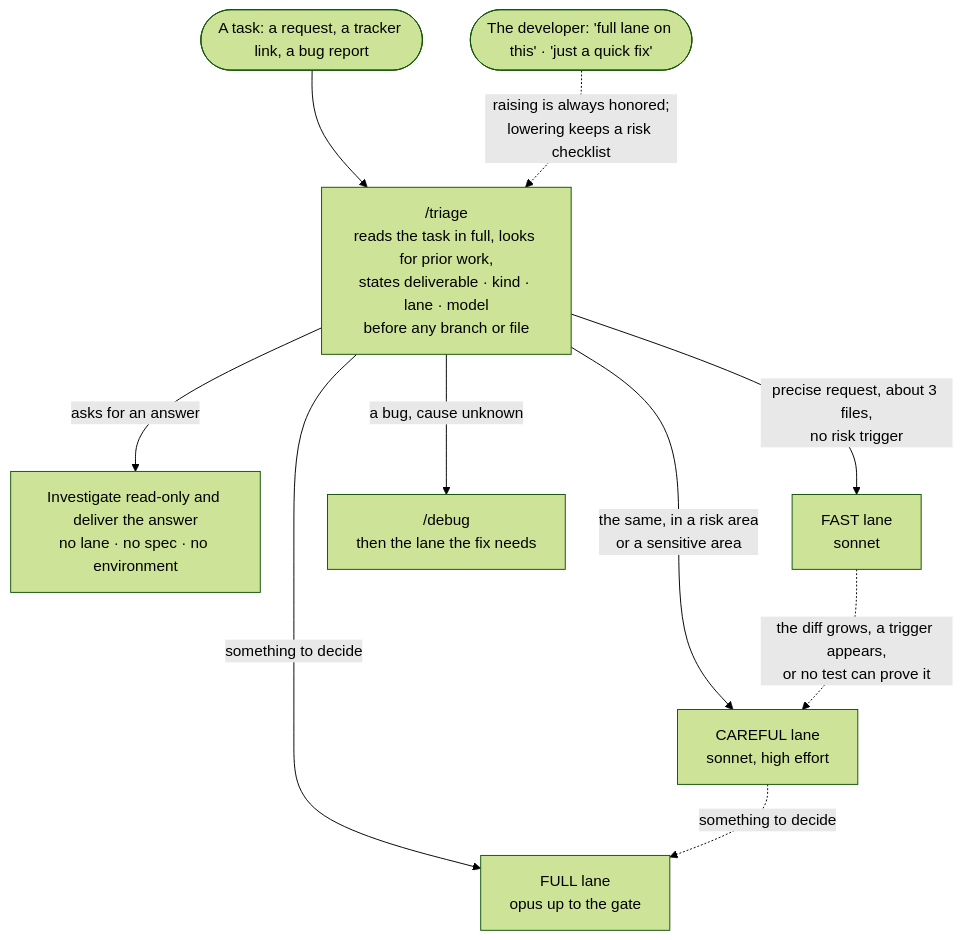
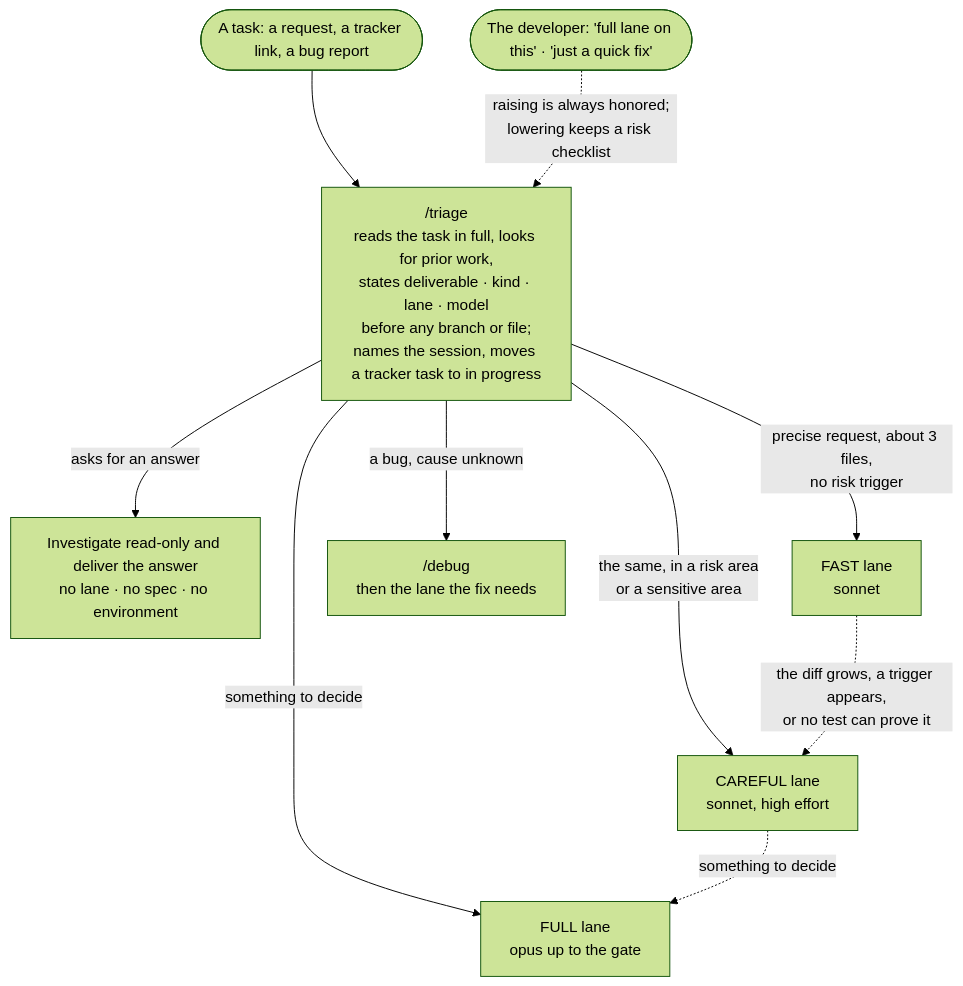
The first of 6 diagrams in README.md (Aplyca/AgenticDevelopmentFramework), drawn with Mermaid (forest theme) before and after one commit. The commit also changed other lines of this file and 9 other files, not shown here.

````diff
--- a/README.md
+++ b/README.md
@@ -241,12 +238,12 @@
 ```mermaid
 flowchart TD
-    task(["A task: a request, a tracker link, a bug report"]) --> triage["/triage<br/>reads the task in full, looks for prior work,<br/>states deliverable · kind · lane · model<br/>before any branch or file"]
+    task(["A task: a request, a tracker link, a bug report"]) --> triage["/triage<br/>reads the task in full, looks for prior work,<br/>states deliverable · kind · lane · model<br/>before any branch or file;<br/>names the session, moves a tracker task to in progress"]
     dev(["The developer: 'full lane on this' · 'just a quick fix'"]) -.->|raising is always honored;<br/>lowering keeps a risk checklist| triage
     triage -->|asks for an answer| answer["Investigate read-only and deliver the answer<br/>no lane · no spec · no environment"]
     triage -->|precise request, about 3 files,<br/>no risk trigger| fast["FAST lane<br/>sonnet"]
     triage -->|the same, in a risk area<br/>or a sensitive area| careful["CAREFUL lane<br/>sonnet, high effort"]
     triage -->|something to decide| full["FULL lane<br/>opus up to the gate"]
     triage -->|a bug, cause unknown| debug["/debug<br/>then the lane the fix needs"]
     fast -.->|the diff grows, a trigger appears,<br/>or no test can prove it| careful
     careful -.->|something to decide| full
 ```
````
